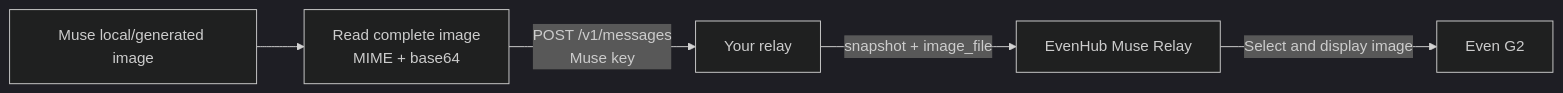
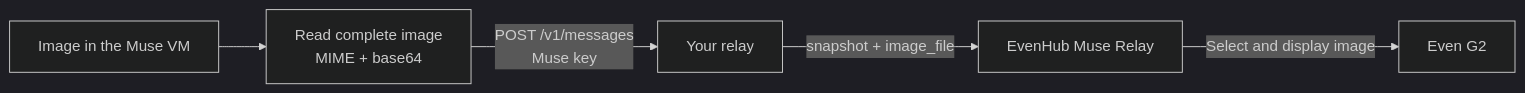
One commit to 3mintimer/muse-relay changed the fourth of 5 diagrams in docs/protocol.md. Above: the diagram before and after it, drawn with Mermaid (dark theme). The commit also changed other lines of this file and 16 other files, not shown here.

````diff
--- a/docs/protocol.md
+++ b/docs/protocol.md
@@ -362,7 +366,7 @@
 ```mermaid
 flowchart LR
-  File["Muse local/generated image"] --> Read["Read complete image\nMIME + base64"]
+  File["Image in the Muse VM"] --> Read["Read complete image\nMIME + base64"]
   Read -->|"POST /v1/messages\nMuse key"| Relay[Your relay]
   Relay -->|snapshot + image_file| Hub[EvenHub Muse Relay]
   Hub -->|Select and display image| G2[Even G2]
 ```
````
